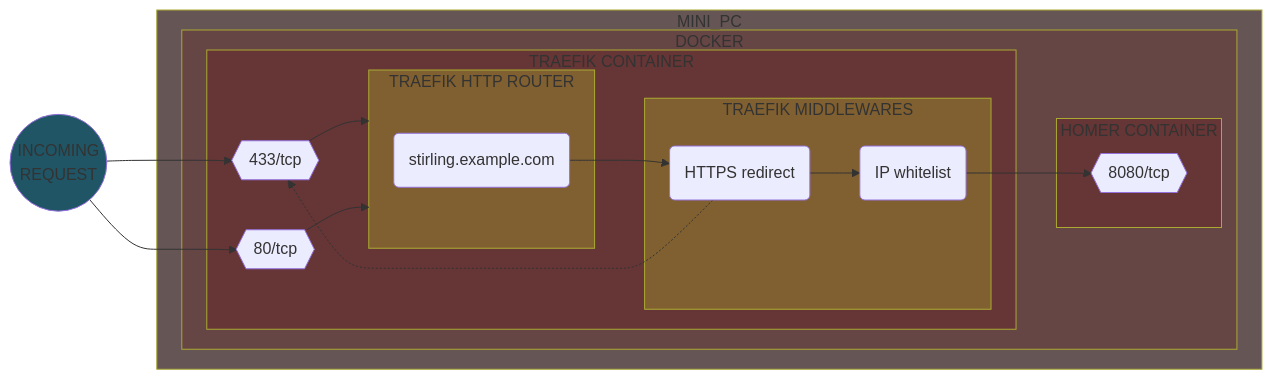
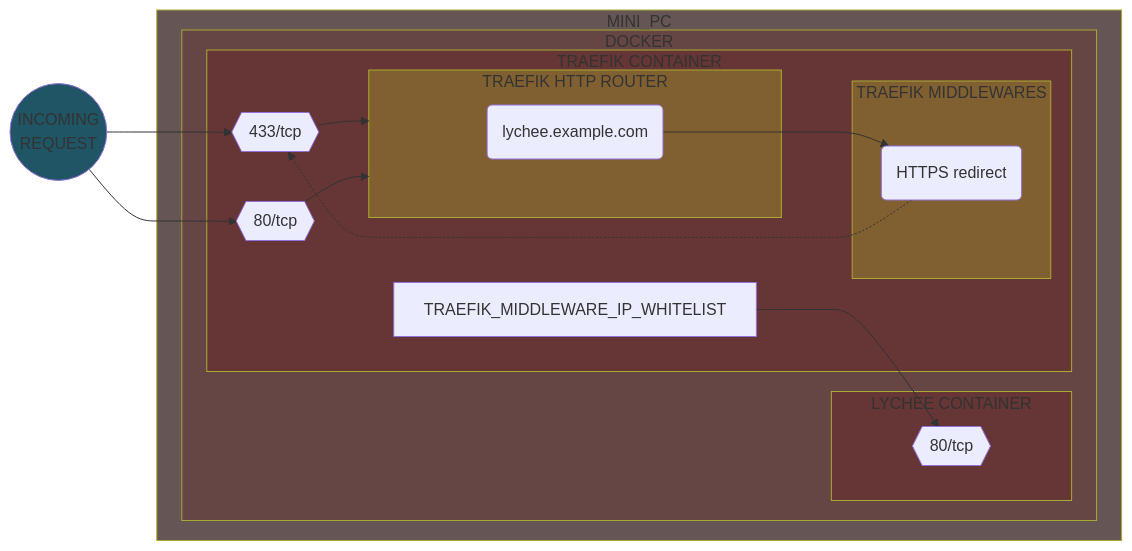
One commit to Yann39/self-hosted-n100 changed diagram 14 of 15 in README.md. Above: the diagram before and after it, drawn with Mermaid. The commit also changed other lines of this file and 18 other files, not shown here.

````diff
--- a/README.md
+++ b/README.md
@@ -2826,47 +2912,44 @@
 ```mermaid
 flowchart LR
     style INCOMING_REQUEST fill: #205566
     style TRAEFIK_CONTAINER fill: #663535
     style APP_CONTAINER fill: #663535
     style TRAEFIK_ROUTER fill: #806030
     style TRAEFIK_MIDDLEWARE fill: #806030
     style SERVER_DEVICE fill: #665555
     style CONTAINER_ENGINE fill: #664545
     DOCKER_TRAEFIK_PORT443{{433/tcp}}
     DOCKER_TRAEFIK_PORT80{{80/tcp}}
-    DOCKER_APP_PORT{{8080/tcp}}
-    TRAEFIK_ROUTER_APP(stirling.example.com)
+    DOCKER_APP_PORT{{80/tcp}}
+    TRAEFIK_ROUTER_APP(lychee.example.com)
     TRAEFIK_MIDDLEWARE_REDIRECT(HTTPS redirect)
-    TRAEFIK_MIDDLEWARE_IP_WHITELIST(IP whitelist)
     INCOMING_REQUEST((INCOMING\nREQUEST))
     INCOMING_REQUEST --> DOCKER_TRAEFIK_PORT443
     INCOMING_REQUEST --> DOCKER_TRAEFIK_PORT80
 
     subgraph SERVER_DEVICE[MINI_PC]
         subgraph CONTAINER_ENGINE[DOCKER]
-            subgraph APP_CONTAINER[HOMER CONTAINER]
+            subgraph APP_CONTAINER[LYCHEE CONTAINER]
                 DOCKER_APP_PORT
             end
 
             subgraph TRAEFIK_CONTAINER[TRAEFIK CONTAINER]
                 DOCKER_TRAEFIK_PORT443 --> TRAEFIK_ROUTER
                 DOCKER_TRAEFIK_PORT80 --> TRAEFIK_ROUTER
 
                 subgraph TRAEFIK_ROUTER[TRAEFIK HTTP ROUTER]
                     TRAEFIK_ROUTER_APP
                 end
 
                 subgraph TRAEFIK_MIDDLEWARE[TRAEFIK MIDDLEWARES]
                     TRAEFIK_MIDDLEWARE_REDIRECT
-                    TRAEFIK_MIDDLEWARE_IP_WHITELIST
                 end
 
-                TRAEFIK_MIDDLEWARE_REDIRECT --> TRAEFIK_MIDDLEWARE_IP_WHITELIST
                 TRAEFIK_MIDDLEWARE_REDIRECT -.-> DOCKER_TRAEFIK_PORT443
                 TRAEFIK_MIDDLEWARE_IP_WHITELIST --> DOCKER_APP_PORT
                 TRAEFIK_ROUTER_APP --> TRAEFIK_MIDDLEWARE_REDIRECT
             end
 
         end
     end
 ```
````
